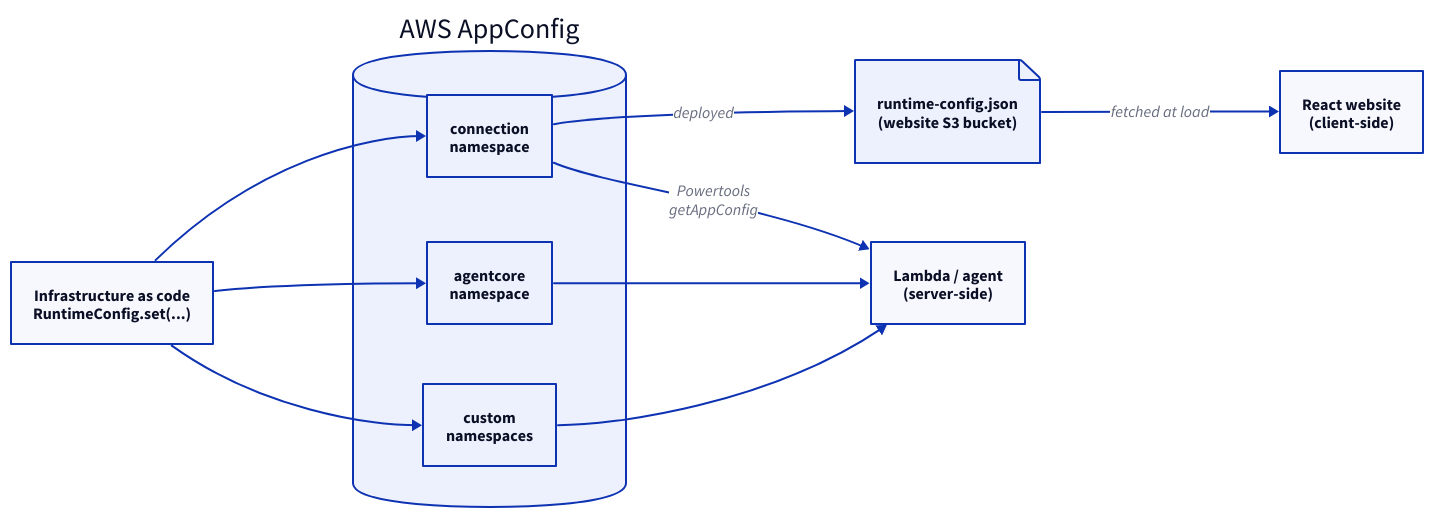
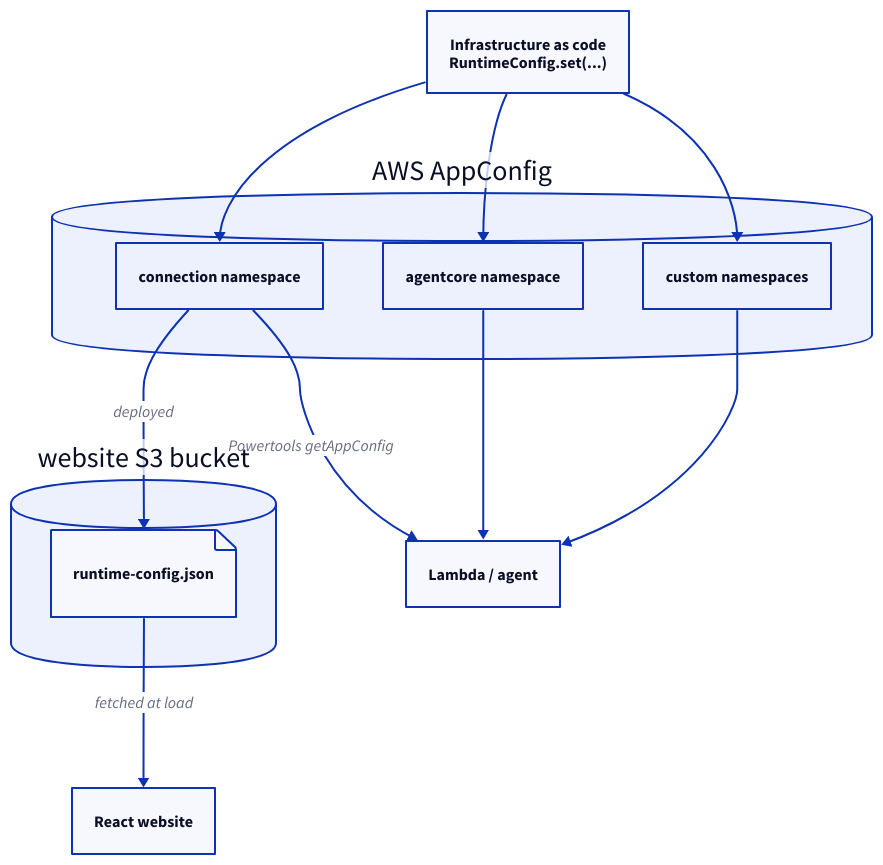
The diagram in docs/src/content/docs/es/guides/runtime-config.mdx (awslabs/nx-plugin-for-aws), drawn with D2 before and after one commit. The commit also changed 16 other files, not shown here.

````diff
--- a/docs/src/content/docs/es/guides/runtime-config.mdx
+++ b/docs/src/content/docs/es/guides/runtime-config.mdx
@@ -28,30 +28,34 @@
 ```d2
-direction: right
+direction: down
 
 iac: "Infrastructure as code\nRuntimeConfig.set(...)"
 
 appconfig: "AWS AppConfig" {
   shape: cylinder
-  connection: "connection\nnamespace"
-  agentcore: "agentcore\nnamespace"
-  custom: "custom\nnamespaces"
+  connection: "connection namespace"
+  agentcore: "agentcore namespace"
+  custom: "custom namespaces"
 }
 
-s3: "runtime-config.json\n(website S3 bucket)" {
-  shape: page
+s3: "website S3 bucket" {
+  shape: cylinder
+  rcj: runtime-config.json {
+    shape: page
+  }
 }
 
-website: "React website\n(client-side)"
-server: "Lambda / agent\n(server-side)"
+website: React website
+
+server: Lambda / agent
 
 iac -> appconfig.connection
 iac -> appconfig.agentcore
 iac -> appconfig.custom
 
-appconfig.connection -> s3: deployed
-s3 -> website: fetched at load
+appconfig.connection -> s3.rcj: deployed
+s3.rcj -> website: fetched at load
 
-appconfig.connection -> server: Powertools\ngetAppConfig
+appconfig.connection -> server: Powertools getAppConfig
 appconfig.agentcore -> server
 appconfig.custom -> server
 ```
````
